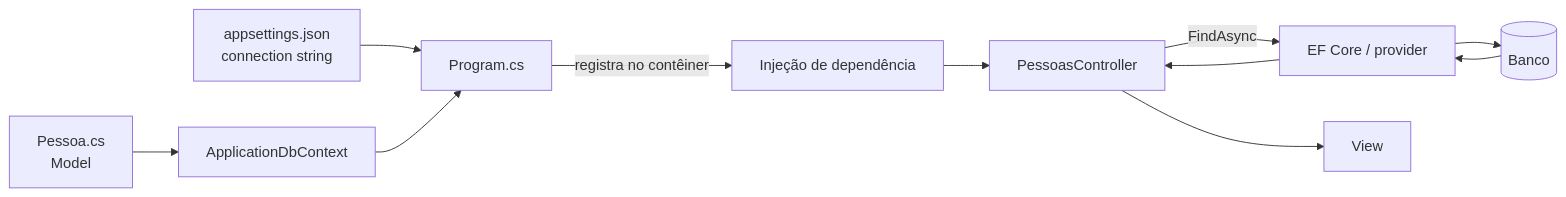
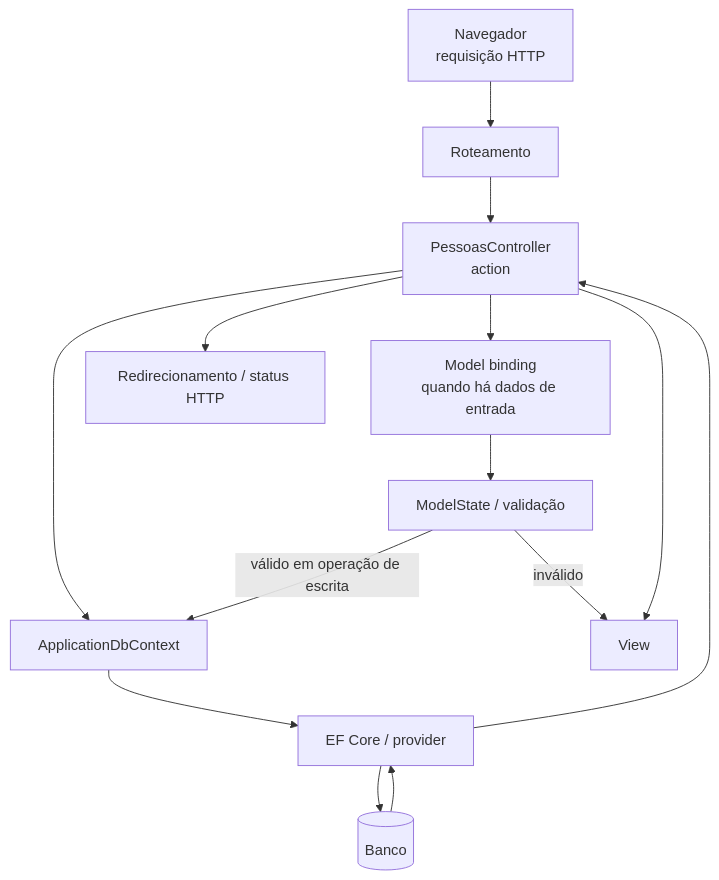
The fourth of 4 diagrams in 05. Desenvolvimento Web Back-End/06. Model, validação e persistência no ASP.NET Core MVC.md (leorruas/puc), drawn with Mermaid before and after one commit. The commit also changed other lines of this file, not shown here.

Commit message:
Integra fluxo HTTP Controllers actions e segurança ao artigo 06

````diff
--- a/05. Desenvolvimento Web Back-End/06. Model, validação e persistência no ASP.NET Core MVC.md
+++ b/05. Desenvolvimento Web Back-End/06. Model, validação e persistência no ASP.NET Core MVC.md
@@ -534,13 +800,16 @@
 ```mermaid
-flowchart LR
-    M["Pessoa.cs<br>Model"] --> C["ApplicationDbContext"]
-    CFG["appsettings.json<br>connection string"] --> P["Program.cs"]
-    C --> P
-    P -->|"registra no contêiner"| DI["Injeção de dependência"]
-    DI --> CTRL["PessoasController"]
-    CTRL -->|"FindAsync"| EF["EF Core / provider"]
+flowchart TD
+    U["Navegador<br>requisição HTTP"] --> R["Roteamento"]
+    R --> A["PessoasController<br>action"]
+    A --> B["Model binding<br>quando há dados de entrada"]
+    B --> MS["ModelState / validação"]
+    A --> Q["ApplicationDbContext"]
+    MS -->|"válido em operação de escrita"| Q
+    Q --> EF["EF Core / provider"]
     EF --> DB[("Banco")]
     DB --> EF
-    EF --> CTRL
-    CTRL --> V["View"]
+    EF --> A
+    MS -->|"inválido"| V["View"]
+    A --> V
+    A --> RED["Redirecionamento / status HTTP"]
 ```
````
